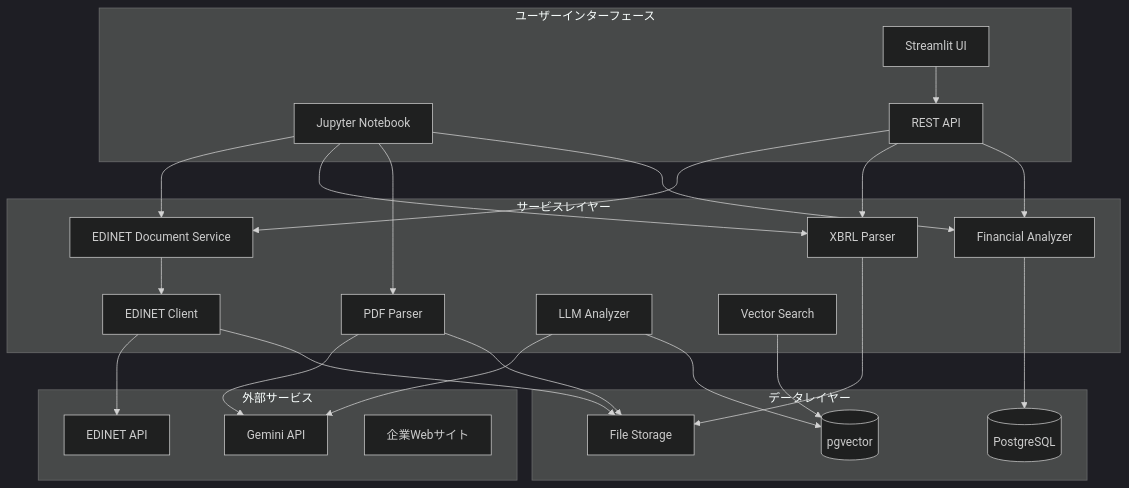
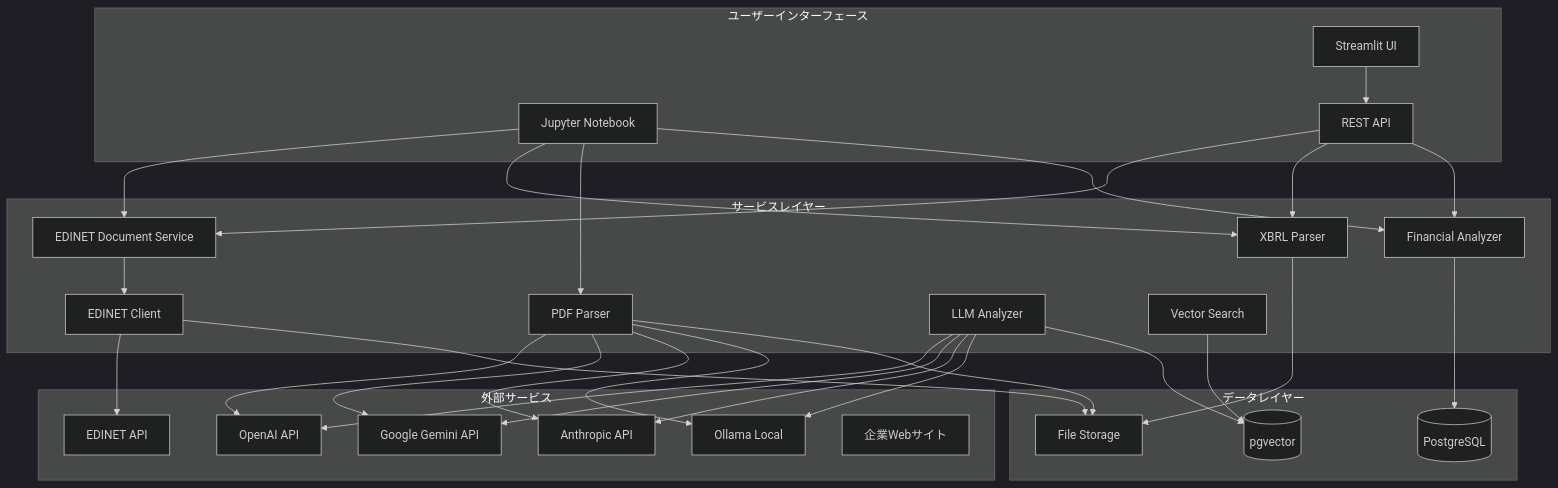
The first of 6 diagrams in docs/functional-design.md (tak-akashi/company-research-agent), drawn with Mermaid (dark theme) before and after one commit. The commit also changed other lines of this file and 39 other files, not shown here.

````diff
--- a/docs/functional-design.md
+++ b/docs/functional-design.md
@@ -5,52 +5,61 @@
 ```mermaid
 graph TB
     subgraph "ユーザーインターフェース"
         Jupyter[Jupyter Notebook]
         Streamlit[Streamlit UI]
         API[REST API]
     end
 
     subgraph "サービスレイヤー"
         EDINETClient[EDINET Client]
         EDINETDocService[EDINET Document Service]
         XBRLParser[XBRL Parser]
         PDFParser[PDF Parser]
         FinancialAnalyzer[Financial Analyzer]
         LLMAnalyzer[LLM Analyzer]
         VectorSearch[Vector Search]
     end
 
     subgraph "データレイヤー"
         PostgreSQL[(PostgreSQL)]
         pgvector[(pgvector)]
         FileStorage[File Storage]
     end
 
     subgraph "外部サービス"
         EDINET[EDINET API]
-        Gemini[Gemini API]
+        OpenAI[OpenAI API]
+        Google[Google Gemini API]
+        Anthropic[Anthropic API]
+        Ollama[Ollama Local]
         CompanyWeb[企業Webサイト]
     end
 
     Jupyter --> EDINETDocService
     Jupyter --> XBRLParser
     Jupyter --> PDFParser
     Jupyter --> FinancialAnalyzer
     Streamlit --> API
     API --> EDINETDocService
     API --> XBRLParser
     API --> FinancialAnalyzer
 
     EDINETDocService --> EDINETClient
     EDINETClient --> EDINET
-    PDFParser --> Gemini
-    LLMAnalyzer --> Gemini
+    PDFParser --> OpenAI
+    PDFParser --> Google
+    PDFParser --> Anthropic
+    PDFParser --> Ollama
+    LLMAnalyzer --> OpenAI
+    LLMAnalyzer --> Google
+    LLMAnalyzer --> Anthropic
+    LLMAnalyzer --> Ollama
 
     EDINETClient --> FileStorage
     XBRLParser --> FileStorage
     PDFParser --> FileStorage
 
     FinancialAnalyzer --> PostgreSQL
     VectorSearch --> pgvector
     LLMAnalyzer --> pgvector
 ```
````
